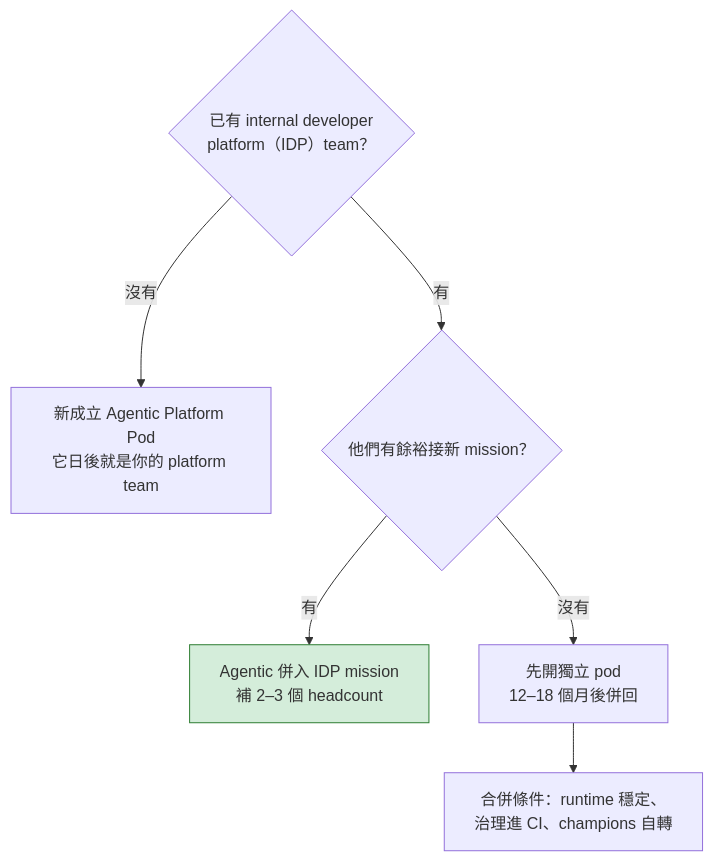
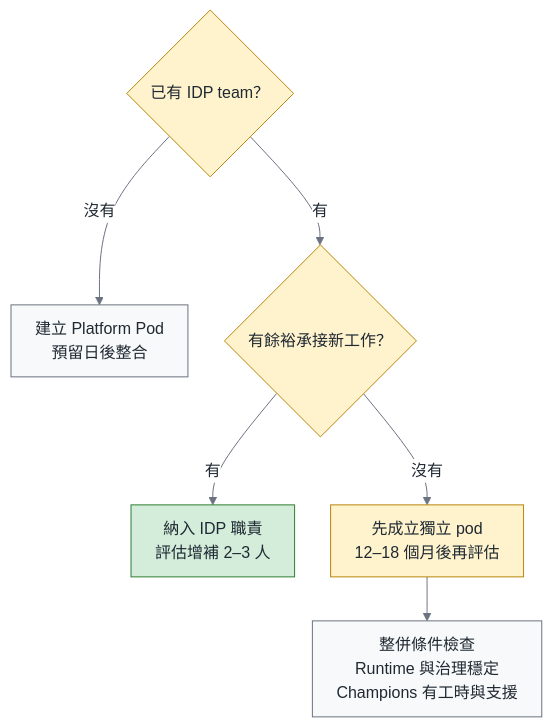
One commit to fantasybz/medium-articles changed the third of 3 diagrams in 2026-09-agentic-org-design/article.md. Above: the diagram before and after it, drawn with Mermaid. The commit also changed other lines of this file and 69 other files, not shown here.

````diff
--- a/2026-09-agentic-org-design/article.md
+++ b/2026-09-agentic-org-design/article.md
@@ -156,9 +156,38 @@
 ```mermaid
-flowchart TD
-    Q1{"已有 internal developer<br/>platform（IDP）team？"} -->|沒有| N1["新成立 Agentic Platform Pod<br/>它日後就是你的 platform team"]
-    Q1 -->|有| Q2{"他們有餘裕接新 mission？"}
-    Q2 -->|有| A1["Agentic 併入 IDP mission<br/>補 2–3 個 headcount"]
-    Q2 -->|沒有| A2["先開獨立 pod<br/>12–18 個月後併回"]
-    A2 --> M["合併條件：runtime 穩定、<br/>治理進 CI、champions 自轉"]
-    style A1 fill:#d4edda,stroke:#2e7d32
+---
+config:
+  theme: base
+  themeVariables:
+    fontSize: 16px
+    primaryColor: "#f8f9fa"
+    primaryTextColor: "#1f2933"
+    primaryBorderColor: "#6b7280"
+    lineColor: "#6b7280"
+    secondaryColor: "#f8f9fa"
+    tertiaryColor: "#ffffff"
+    clusterBkg: "#ffffff"
+    clusterBorder: "#9ca3af"
+    edgeLabelBackground: "#ffffff"
+  flowchart:
+    nodeSpacing: 36
+    rankSpacing: 44
+    padding: 12
+    htmlLabels: true
+    subGraphTitleMargin:
+      top: 8
+      bottom: 12
+    curve: basis
+---
+flowchart TB
+    classDef own fill:#d4edda,stroke:#2e7d32,color:#1f2933
+    classDef buy fill:#fff3cd,stroke:#b8860b,color:#1f2933
+    classDef bad fill:#ffe0e0,stroke:#c0392b,color:#1f2933
+    classDef human fill:#e3f2fd,stroke:#1565c0,color:#1f2933
+    Q1{"已有 IDP team？"} -->|沒有| N1["建立 Platform Pod<br/>預留日後整合"]
+    Q1 -->|有| Q2{"有餘裕承接新工作？"}
+    Q2 -->|有| A1["納入 IDP 職責<br/>評估增補 2–3 人"]
+    Q2 -->|沒有| A2["先成立獨立 pod<br/>12–18 個月後再評估"]
+    A2 --> M["整併條件檢查<br/>Runtime 與治理穩定<br/>Champions 有工時與支援"]
+    class A1 own
+    class Q1,Q2,A2 buy
 ```
````
